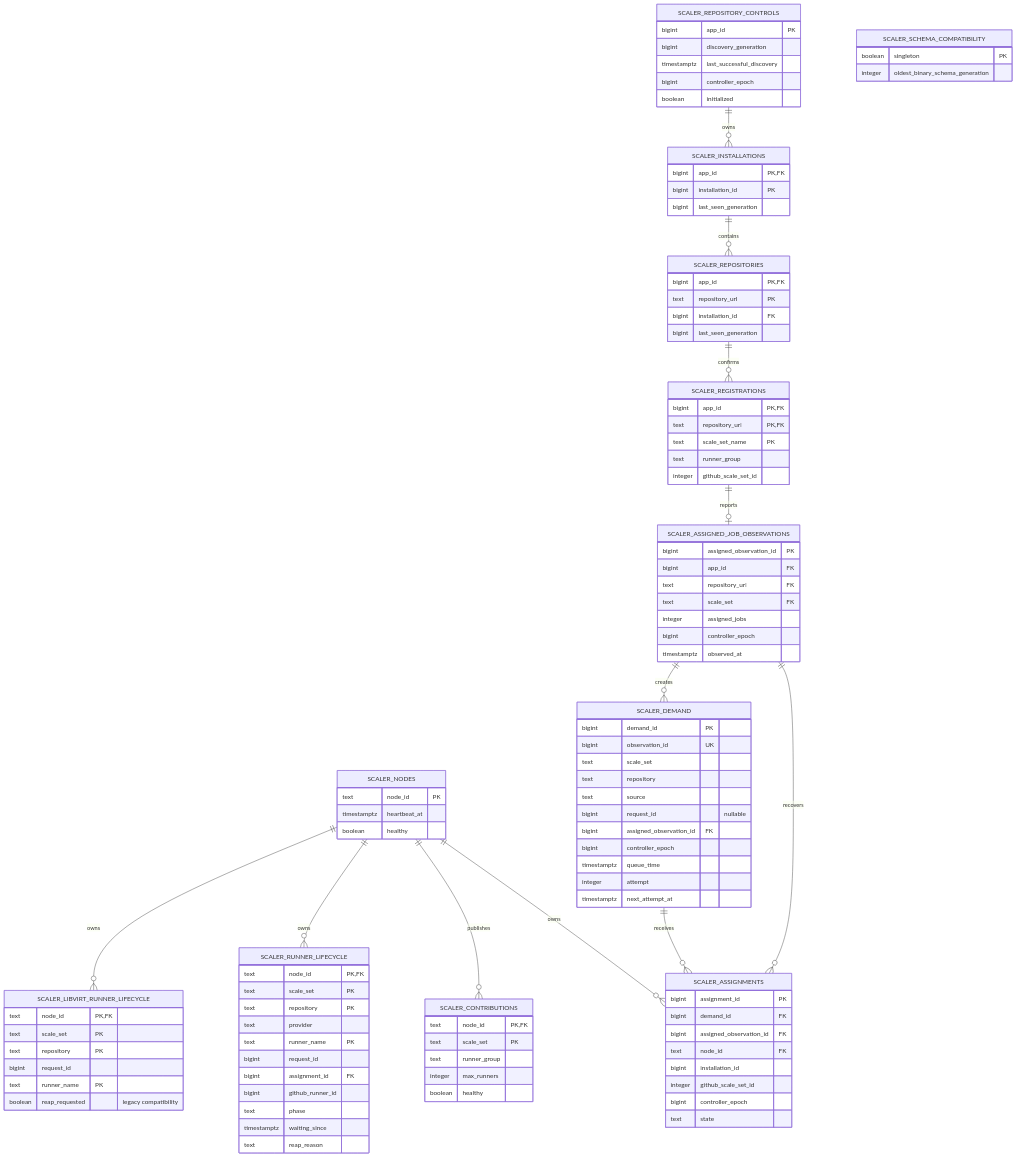
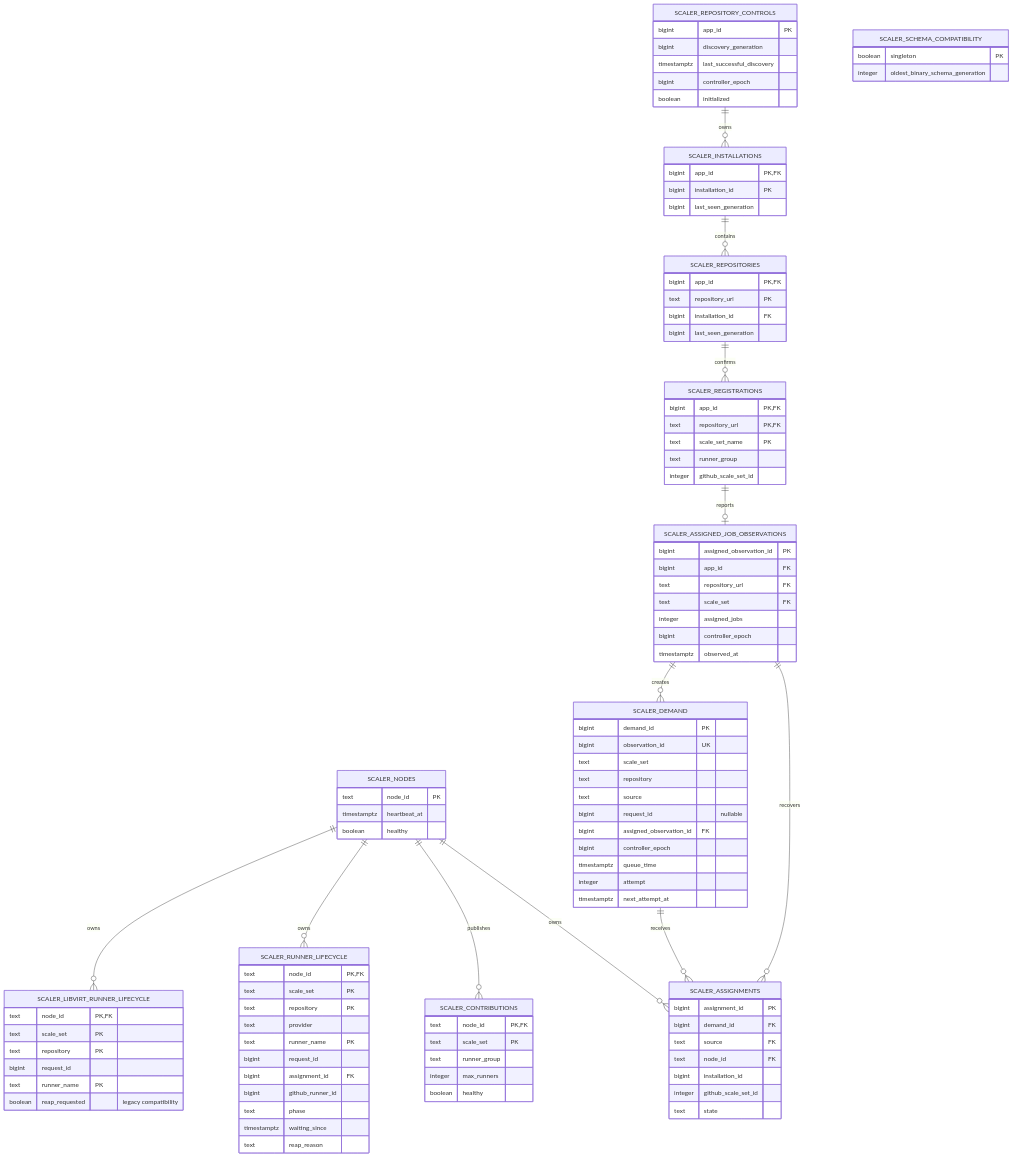
Diagram 11 of 13 in docs/architecture.md (stateshifters/runnerfoundry), drawn with Mermaid before and after one commit. The commit also changed other lines of this file and 21 other files, not shown here.

```diff
--- a/docs/architecture.md
+++ b/docs/architecture.md
@@ -564,11 +564,10 @@
     SCALER_ASSIGNMENTS {
         bigint assignment_id PK
         bigint demand_id FK
-        bigint assigned_observation_id FK
+        text source FK
         text node_id FK
         bigint installation_id
         integer github_scale_set_id
-        bigint controller_epoch
         text state
     }
     SCALER_RUNNER_LIFECYCLE {
```
